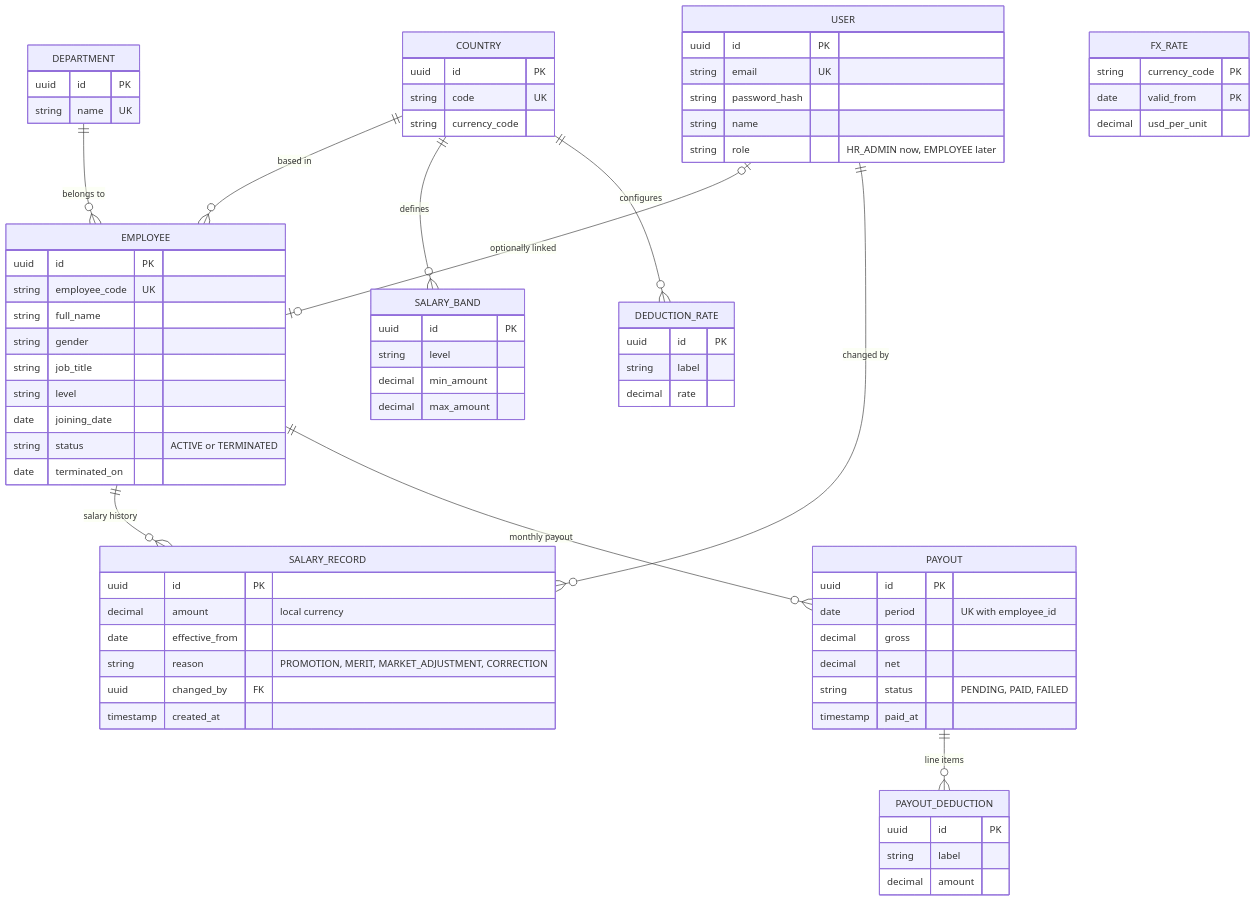
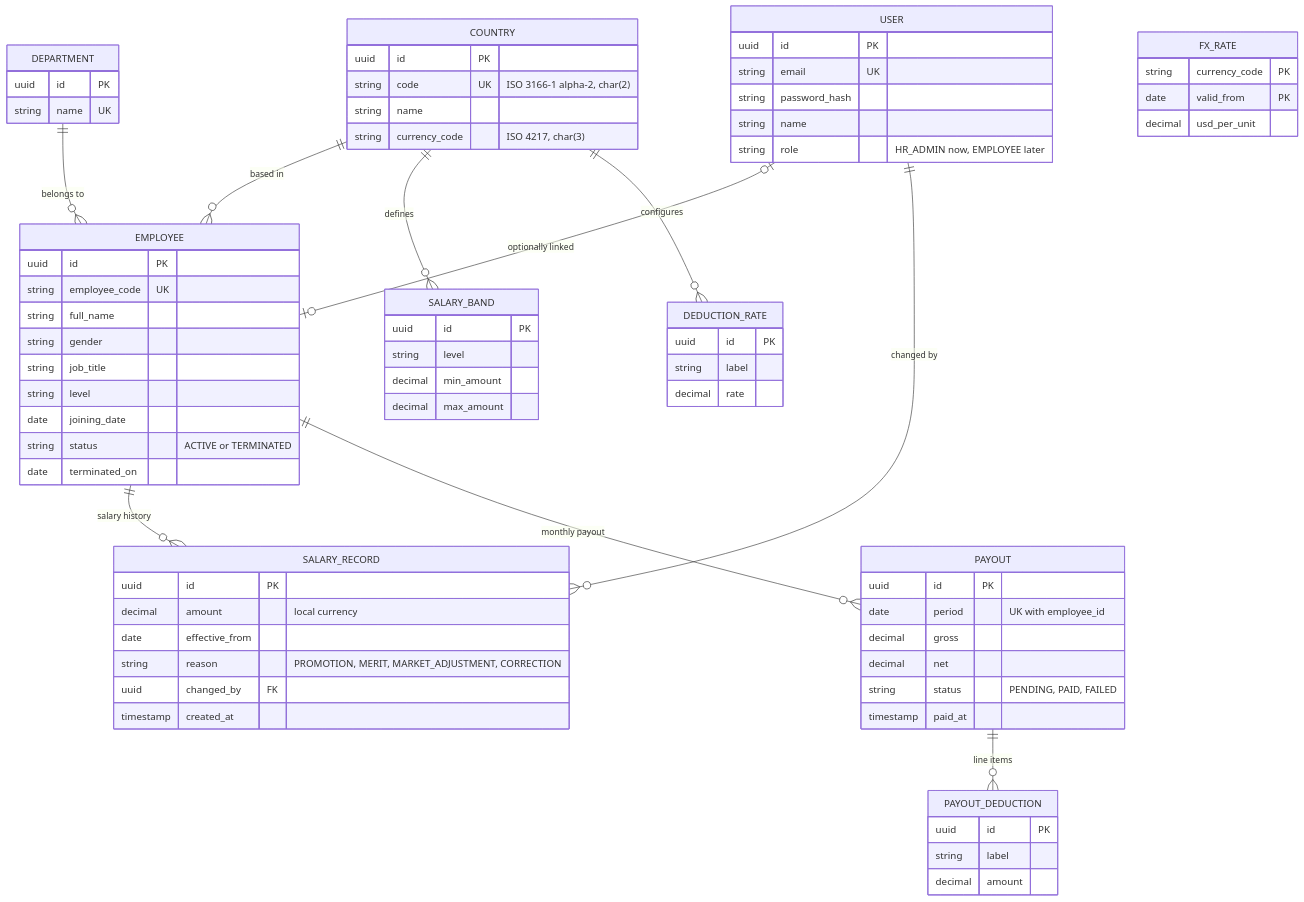
One commit to nishith7/acme-salary-management-app changed the fourth of 4 diagrams in docs/architecture.md. Above: the diagram before and after it, drawn with Mermaid. The commit also changed other lines of this file and 3 other files, not shown here.

````diff
--- a/docs/architecture.md
+++ b/docs/architecture.md
@@ -56,77 +56,78 @@
 ```mermaid
 erDiagram
   COUNTRY ||--o{ EMPLOYEE : "based in"
   DEPARTMENT ||--o{ EMPLOYEE : "belongs to"
   EMPLOYEE ||--o{ SALARY_RECORD : "salary history"
   EMPLOYEE ||--o{ PAYOUT : "monthly payout"
   PAYOUT ||--o{ PAYOUT_DEDUCTION : "line items"
   COUNTRY ||--o{ SALARY_BAND : "defines"
   COUNTRY ||--o{ DEDUCTION_RATE : "configures"
   USER |o--o| EMPLOYEE : "optionally linked"
   USER ||--o{ SALARY_RECORD : "changed by"
 
   COUNTRY {
     uuid id PK
-    string code UK
-    string currency_code
+    string code UK "ISO 3166-1 alpha-2, char(2)"
+    string name
+    string currency_code "ISO 4217, char(3)"
   }
   DEPARTMENT {
     uuid id PK
     string name UK
   }
   EMPLOYEE {
     uuid id PK
     string employee_code UK
     string full_name
     string gender
     string job_title
     string level
     date joining_date
     string status "ACTIVE or TERMINATED"
     date terminated_on
   }
   SALARY_RECORD {
     uuid id PK
     decimal amount "local currency"
     date effective_from
     string reason "PROMOTION, MERIT, MARKET_ADJUSTMENT, CORRECTION"
     uuid changed_by FK
     timestamp created_at
   }
   SALARY_BAND {
     uuid id PK
     string level
     decimal min_amount
     decimal max_amount
   }
   PAYOUT {
     uuid id PK
     date period "UK with employee_id"
     decimal gross
     decimal net
     string status "PENDING, PAID, FAILED"
     timestamp paid_at
   }
   PAYOUT_DEDUCTION {
     uuid id PK
     string label
     decimal amount
   }
   DEDUCTION_RATE {
     uuid id PK
     string label
     decimal rate
   }
   USER {
     uuid id PK
     string email UK
     string password_hash
     string name
     string role "HR_ADMIN now, EMPLOYEE later"
   }
   FX_RATE {
     string currency_code PK
     date valid_from PK
     decimal usd_per_unit
   }
 ```
````
